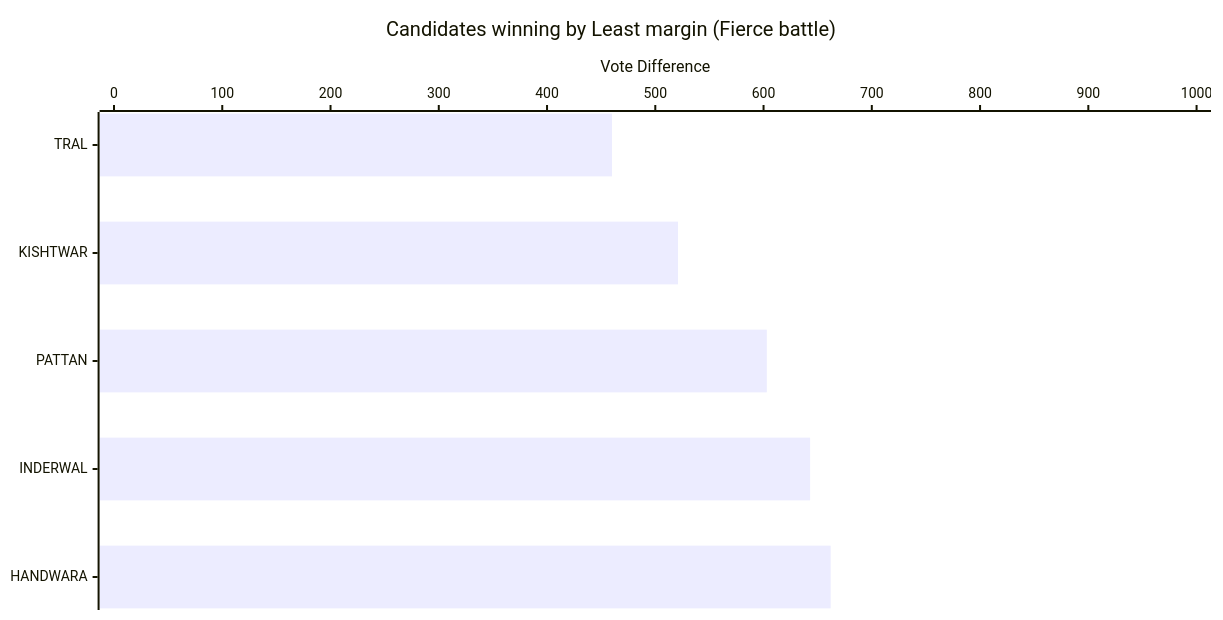
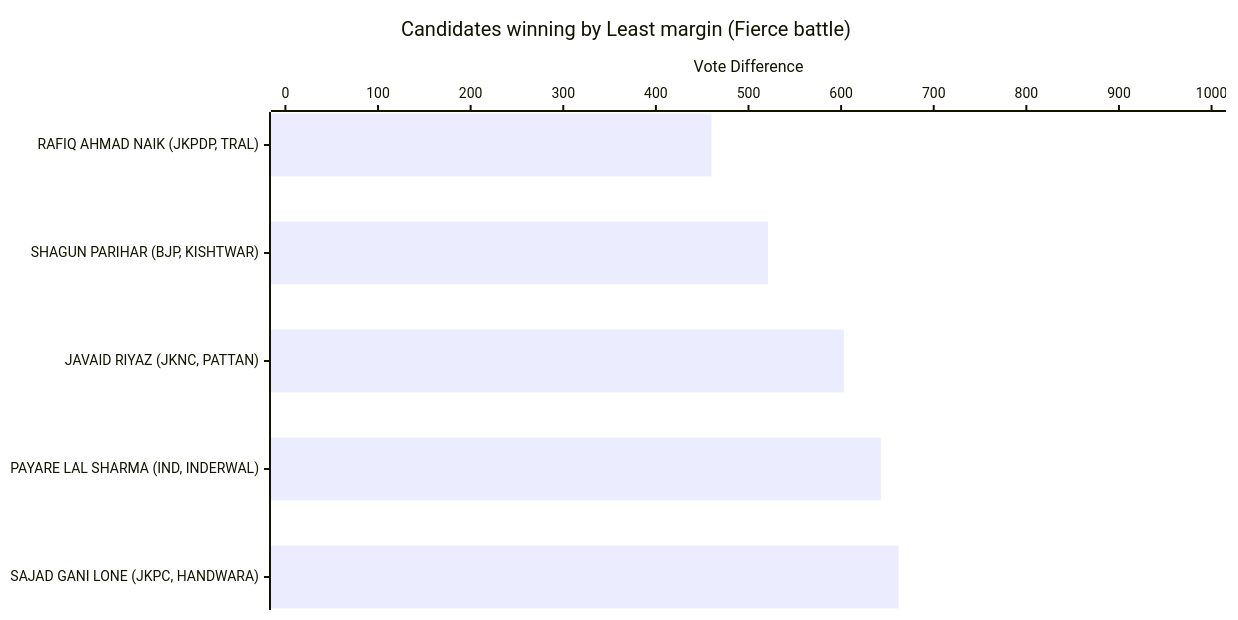
One commit to arjunswaj/elections changed the sixth of 19 diagrams in J&K-GRAPH.md. Above: the diagram before and after it, drawn with Mermaid. The commit also changed other lines of this file, not shown here.

Commit message:
Update the graph titles

````diff
--- a/J&K-GRAPH.md
+++ b/J&K-GRAPH.md
@@ -136,14 +136,14 @@
 ```mermaid
 ---
 config:
     xyChart:
         width: 1200
         height: 600
         chartOrientation: horizontal
 ---
 xychart-beta
     title "Candidates winning by Least margin (Fierce battle)"
-    x-axis ["TRAL", "KISHTWAR", "PATTAN", "INDERWAL", "HANDWARA"]
+    x-axis ["RAFIQ AHMAD NAIK (JKPDP, TRAL)", "SHAGUN PARIHAR (BJP, KISHTWAR)", "JAVAID RIYAZ (JKNC, PATTAN)", "PAYARE LAL SHARMA (IND, INDERWAL)", "SAJAD GANI LONE (JKPC, HANDWARA)"]
     y-axis "Vote Difference" 0 --> 1000
     bar [460, 521, 603, 643, 662]
 ```
````
